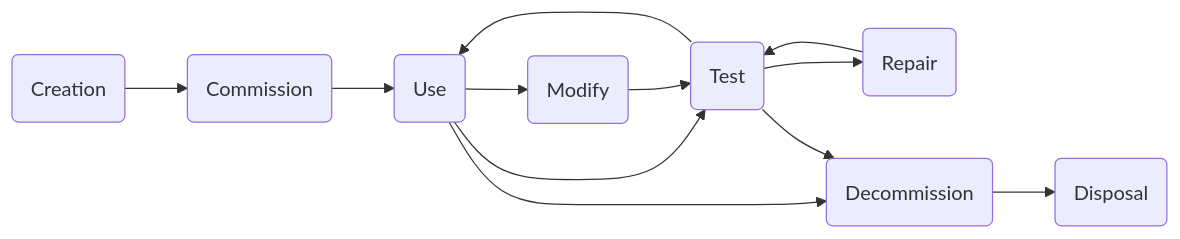
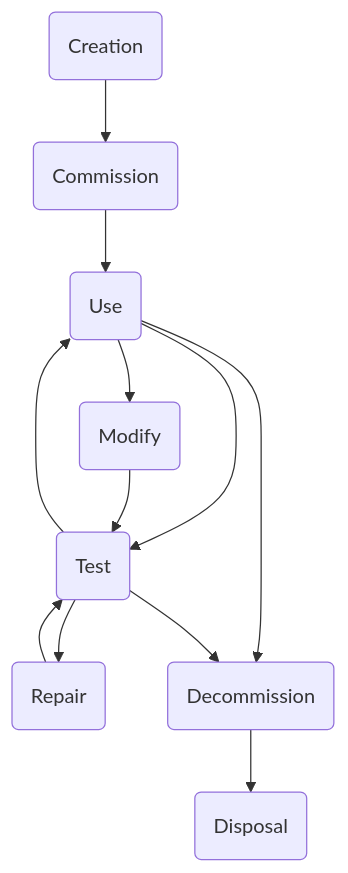
One commit to srobo/kitbook changed the diagram in asset-tracking.md. Above: the diagram before and after it, drawn with Mermaid. The commit also changed other lines of this file, not shown here.

Commit message:
Updates asset-tracking.md
Auto commit by GitBook Editor

```diff
--- a/asset-tracking.md
+++ b/asset-tracking.md
@@ -23,23 +23,23 @@
 {% mermaid %}
-graph LR
+graph TB
   create(Creation)
   commission(Commission)
   use(Use)
   test(Test)
   repair(Repair)
   modify(Modify)
   decommission(Decommission)
   disposal(Disposal)
   
   create-->commission
   commission-->use
   use-->modify
   use-->test
   use-->decommission
   modify-->test
   test-->repair
   test-->use
   repair-->test
   test-->decommission
   decommission-->disposal
 {% endmermaid %}
```
